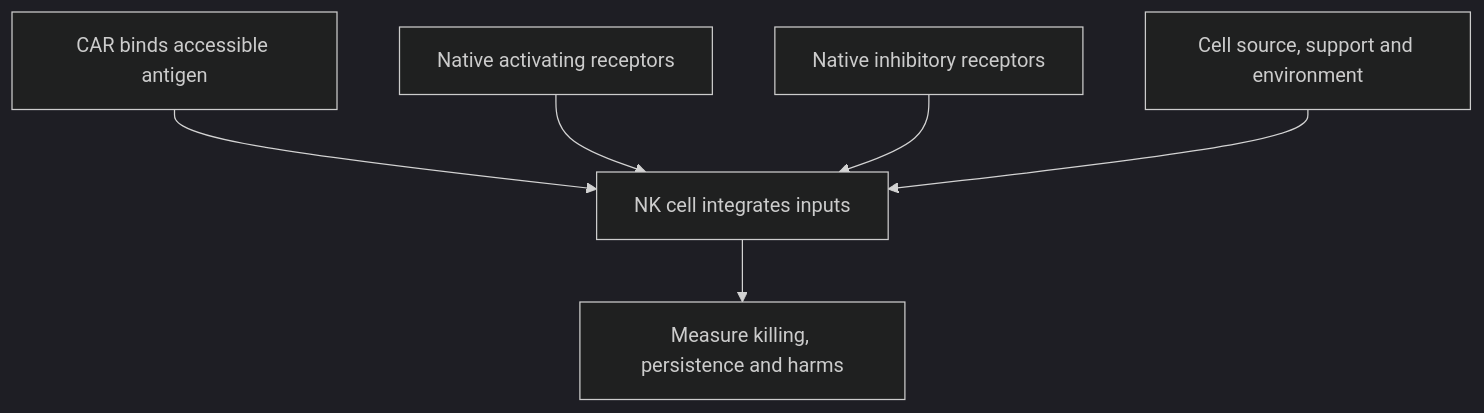
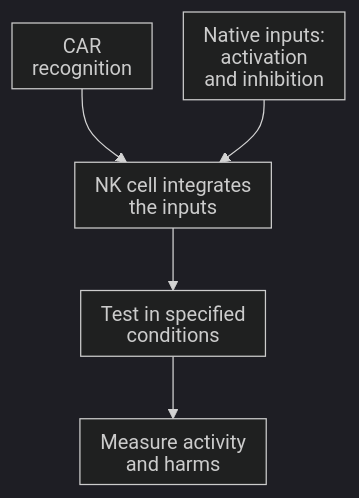
Before and after one commit to jasonLaster/oncoguide: the diagram in wiki/education/concepts/therapeutics/cell-therapies/car-nk.md, drawn with Mermaid (dark theme). The commit also changed other lines of this file and 43 other files, not shown here.

Commit message:
education: sync engineered-cell curriculum and native diagram settings

````diff
--- a/wiki/education/concepts/therapeutics/cell-therapies/car-nk.md
+++ b/wiki/education/concepts/therapeutics/cell-therapies/car-nk.md
@@ -42,8 +42,8 @@
 ```mermaid
+%%{init: {"htmlLabels":false,"flowchart":{"htmlLabels":false,"padding":8,"nodeSpacing":25}}}%%
 flowchart TD
-  A["CAR binds accessible antigen"] --> D["NK cell integrates inputs"]
-  B["Native activating receptors"] --> D
-  C["Native inhibitory receptors"] --> D
-  E["Cell source, support and environment"] --> D
-  D --> F["Measure killing, persistence and harms"]
+  A["CAR<br/>recognition"] --> C["NK cell integrates<br/>the inputs"]
+  B["Native inputs:<br/>activation<br/>and inhibition"] --> C
+  C --> D["Test in specified<br/>conditions"]
+  D --> E["Measure activity<br/>and harms"]
 ```
````
